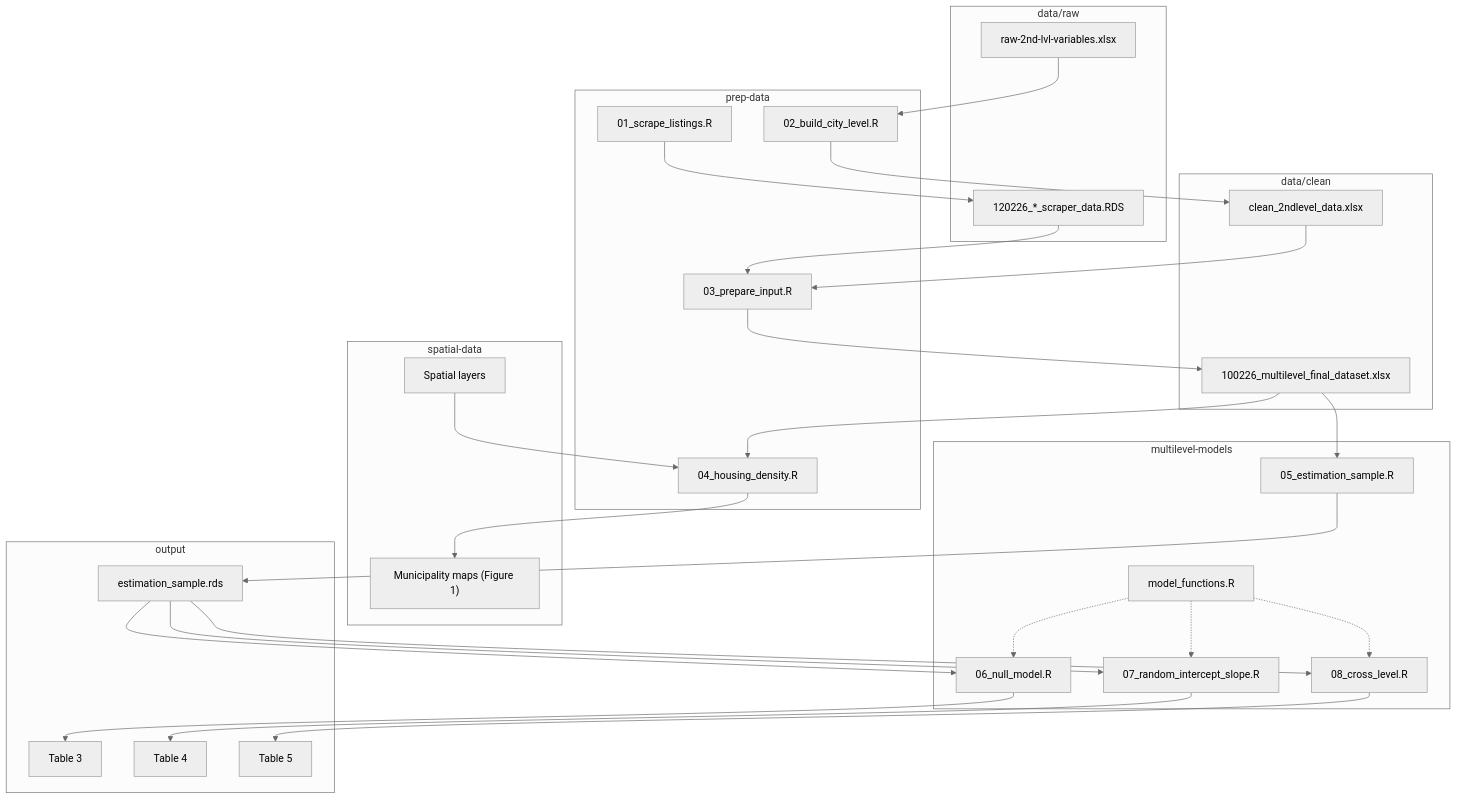
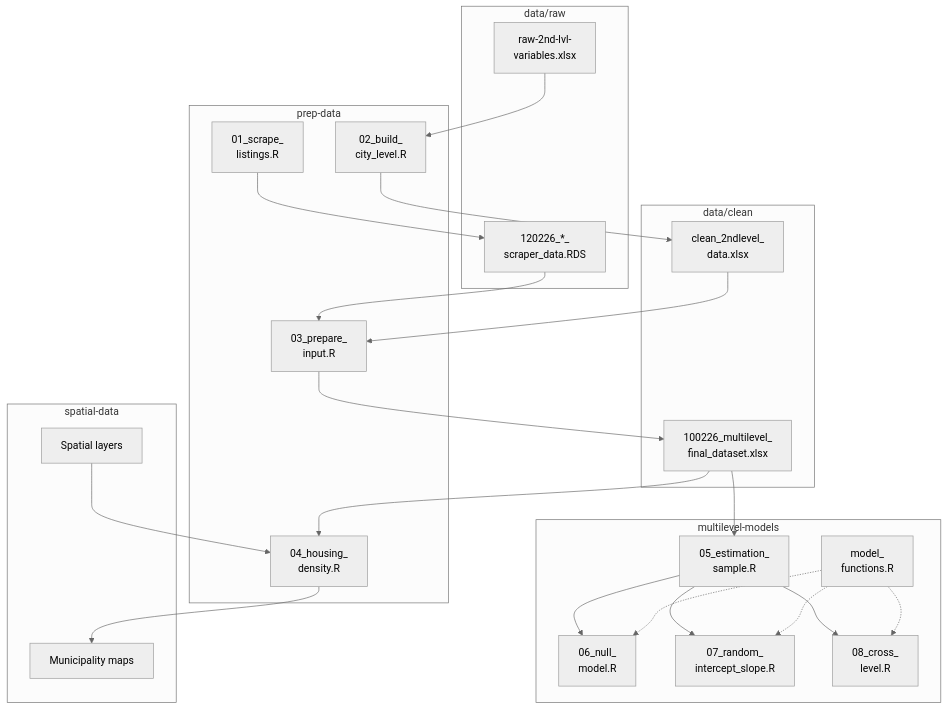
Before and after one commit to lea-puj/str-density-colombia: the diagram in README.md, drawn with Mermaid (neutral theme).

````diff
--- a/README.md
+++ b/README.md
@@ -6,52 +6,41 @@
 ```mermaid
 flowchart TB
   subgraph raw["data/raw"]
-    A["120226_*_scraper_data.RDS"]
-    B["raw-2nd-lvl-variables.xlsx"]
+    A["120226_*_<br/>scraper_data.RDS"]
+    B["raw-2nd-lvl-<br/>variables.xlsx"]
   end
 
   subgraph prep["prep-data"]
-    S1["01_scrape_listings.R"]
-    S2["02_build_city_level.R"]
-    S3["03_prepare_input.R"]
-    S4["04_housing_density.R"]
+    S1["01_scrape_<br/>listings.R"]
+    S2["02_build_<br/>city_level.R"]
+    S3["03_prepare_<br/>input.R"]
+    S4["04_housing_<br/>density.R"]
   end
 
   subgraph clean["data/clean"]
-    C["clean_2ndlevel_data.xlsx"]
-    D["100226_multilevel_final_dataset.xlsx"]
+    C["clean_2ndlevel_<br/>data.xlsx"]
+    D["100226_multilevel_<br/>final_dataset.xlsx"]
   end
 
   subgraph spatial["spatial-data"]
     L["Spatial layers"]
-    M["Municipality maps (Figure 1)"]
+    M["Municipality maps"]
   end
 
   subgraph models["multilevel-models"]
-    S5["05_estimation_sample.R"]
-    S6["06_null_model.R"]
-    S7["07_random_intercept_slope.R"]
-    S8["08_cross_level.R"]
-    F["model_functions.R"]
-  end
-
-  subgraph out["output"]
-    E["estimation_sample.rds"]
-    T3["Table 3"]
-    T4["Table 4"]
-    T5["Table 5"]
+    S5["05_estimation_<br/>sample.R"]
+    S6["06_null_<br/>model.R"]
+    S7["07_random_<br/>intercept_slope.R"]
+    S8["08_cross_<br/>level.R"]
+    F["model_<br/>functions.R"]
   end
 
   S1 --> A
   B --> S2 --> C
   A --> S3
   C --> S3 --> D
   D --> S4
   L --> S4 --> M
-  D --> S5 --> E
-  E --> S6 & S7 & S8
+  D --> S5 --> S6 & S7 & S8
   F -.-> S6 & S7 & S8
-  S6 --> T3
-  S7 --> T4
-  S8 --> T5
 ```
````
